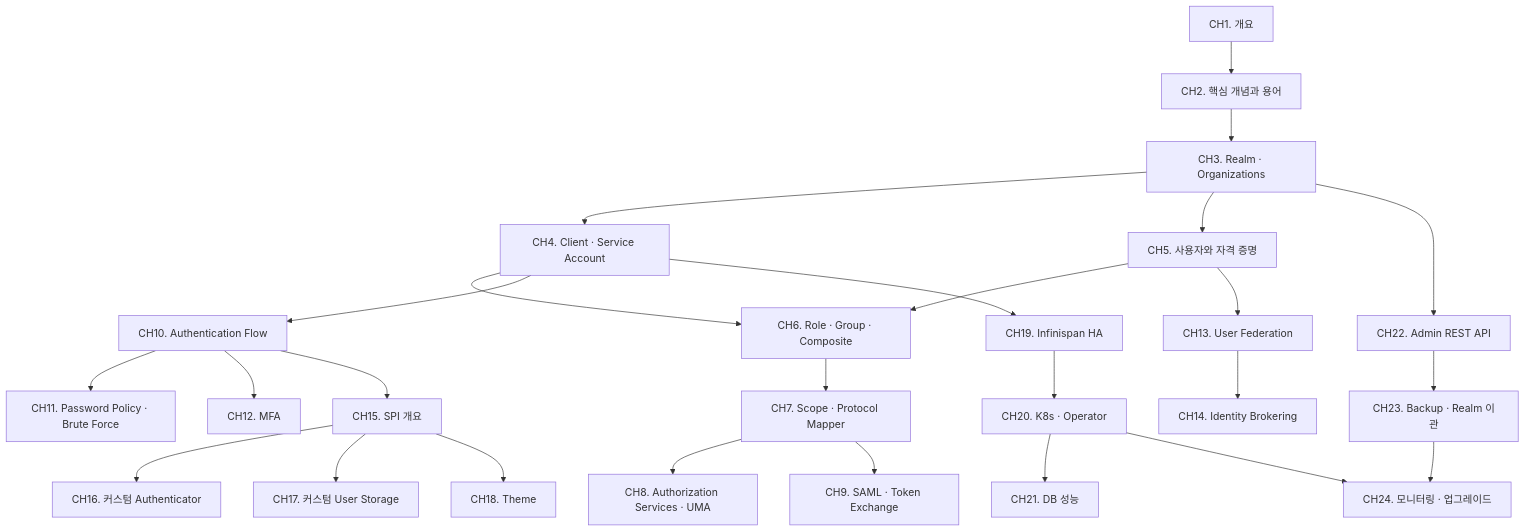
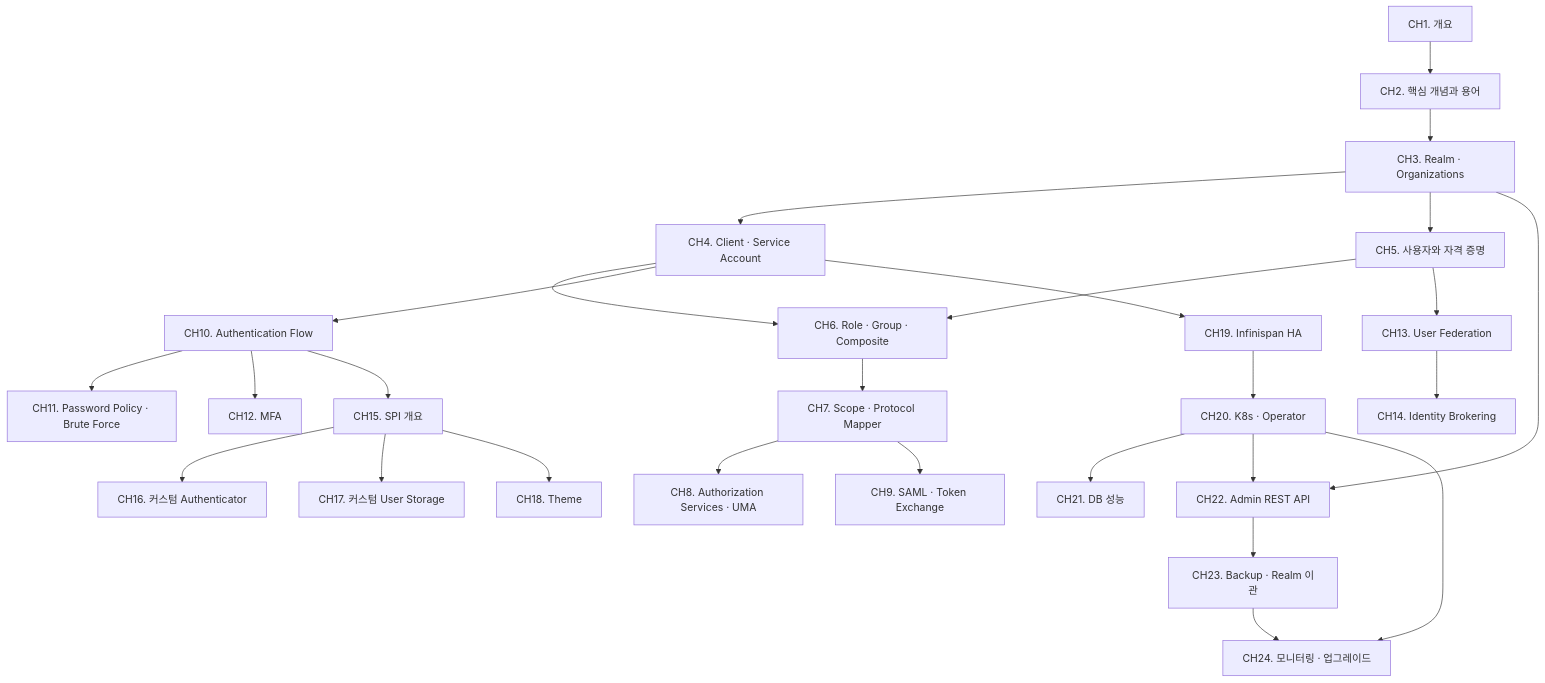
One commit to hobeen-kim/hobeen-kim.github.io changed the diagram in docs/_study/keycloak/README.md. Above: the diagram before and after it, drawn with Mermaid. The commit also changed 24 other files, not shown here.

````diff
--- a/docs/_study/keycloak/README.md
+++ b/docs/_study/keycloak/README.md
@@ -18,28 +18,29 @@
 ```mermaid
 flowchart TD
     CH1[CH1. 개요] --> CH2[CH2. 핵심 개념과 용어]
     CH2 --> CH3[CH3. Realm · Organizations]
     CH3 --> CH4[CH4. Client · Service Account]
     CH3 --> CH5[CH5. 사용자와 자격 증명]
     CH4 --> CH6[CH6. Role · Group · Composite]
     CH5 --> CH6
     CH6 --> CH7[CH7. Scope · Protocol Mapper]
     CH7 --> CH8[CH8. Authorization Services · UMA]
     CH7 --> CH9[CH9. SAML · Token Exchange]
     CH4 --> CH10[CH10. Authentication Flow]
     CH10 --> CH11[CH11. Password Policy · Brute Force]
     CH10 --> CH12[CH12. MFA]
     CH5 --> CH13[CH13. User Federation]
     CH13 --> CH14[CH14. Identity Brokering]
     CH10 --> CH15[CH15. SPI 개요]
     CH15 --> CH16[CH16. 커스텀 Authenticator]
     CH15 --> CH17[CH17. 커스텀 User Storage]
     CH15 --> CH18[CH18. Theme]
     CH4 --> CH19[CH19. Infinispan HA]
     CH19 --> CH20[CH20. K8s · Operator]
     CH20 --> CH21[CH21. DB 성능]
     CH3 --> CH22[CH22. Admin REST API]
+    CH20 --> CH22
     CH22 --> CH23[CH23. Backup · Realm 이관]
     CH20 --> CH24[CH24. 모니터링 · 업그레이드]
     CH23 --> CH24
 ```
````
